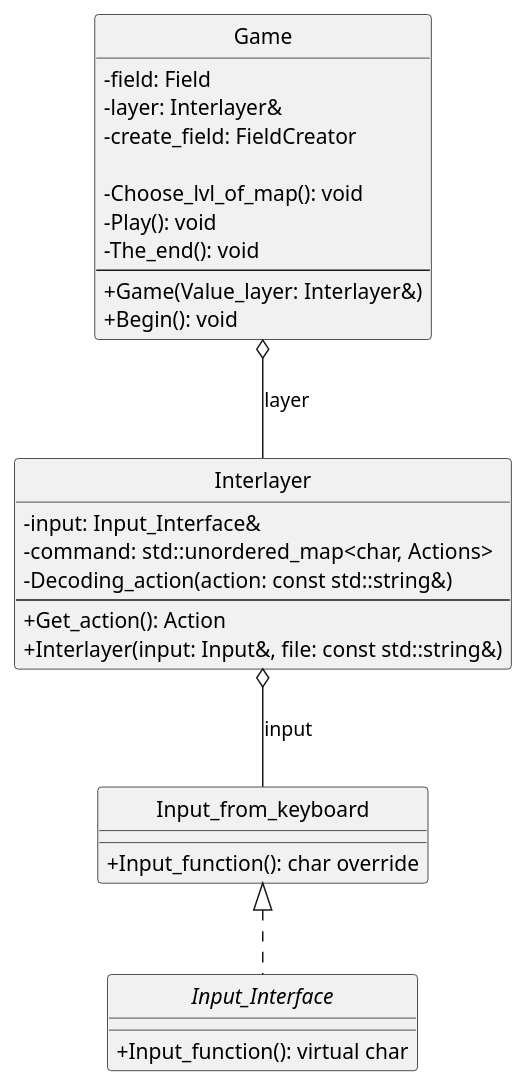
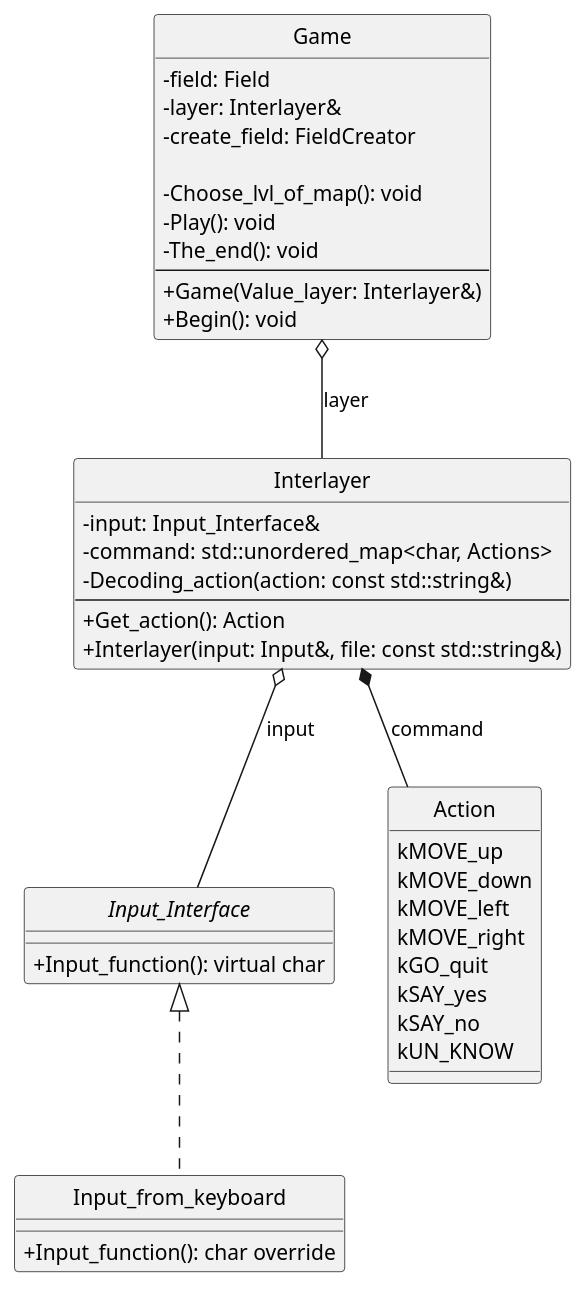
One commit to r4cy/some_works_from_LETI changed the diagram in Garanin_Roman_OOP_lb1/UML_Garanin_lab.puml. Above: the diagram before and after it, drawn with PlantUML. The commit also changed 9 other files, not shown here.

```diff
--- a/Garanin_Roman_OOP_lb1/UML_Garanin_lab.puml
+++ b/Garanin_Roman_OOP_lb1/UML_Garanin_lab.puml
@@ -1,40 +1,52 @@
 @startuml UML_Garanin_lab.puml
 
 hide circle
 skinparam classAttributeIconSize 0
 
 abstract class Input_Interface {
     + Input_function(): virtual char
 }
 
 class Input_from_keyboard {
     + Input_function(): char override
 }
 
 class Interlayer {
     - input: Input_Interface&
     - command: std::unordered_map<char, Actions>
     - Decoding_action(action: const std::string&)
     --
     + Get_action(): Action
     + Interlayer(input: Input&, file: const std::string&)
 }
 
 class Game {
     - field: Field
     - layer: Interlayer&
     - create_field: FieldCreator
 
     - Choose_lvl_of_map(): void
     - Play(): void
     - The_end(): void
     --
     + Game(Value_layer: Interlayer&)
     + Begin(): void
 }
 
-Input_from_keyboard <|.. Input_Interface
-Interlayer o-- Input_from_keyboard : input
+enum Action{
+    kMOVE_up
+    kMOVE_down
+    kMOVE_left
+    kMOVE_right
+    kGO_quit
+    kSAY_yes
+    kSAY_no
+    kUN_KNOW
+}
+
+Input_Interface <|.. Input_from_keyboard
+Interlayer o-- Input_Interface : input
+Interlayer *-- Action: command
 Game o-- Interlayer : layer
 
 @enduml
```
